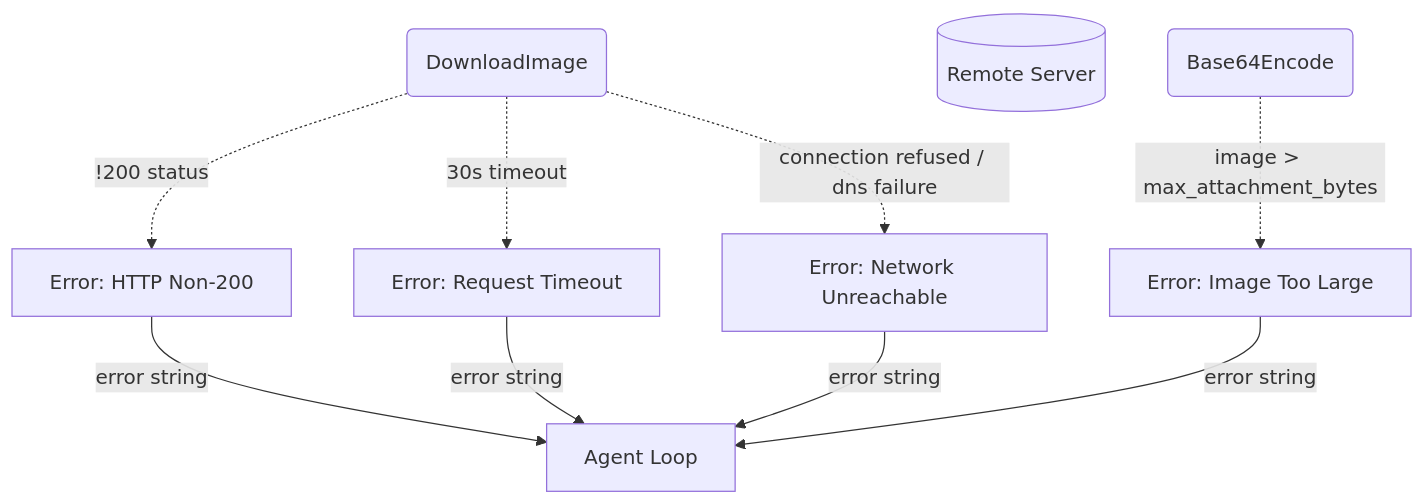
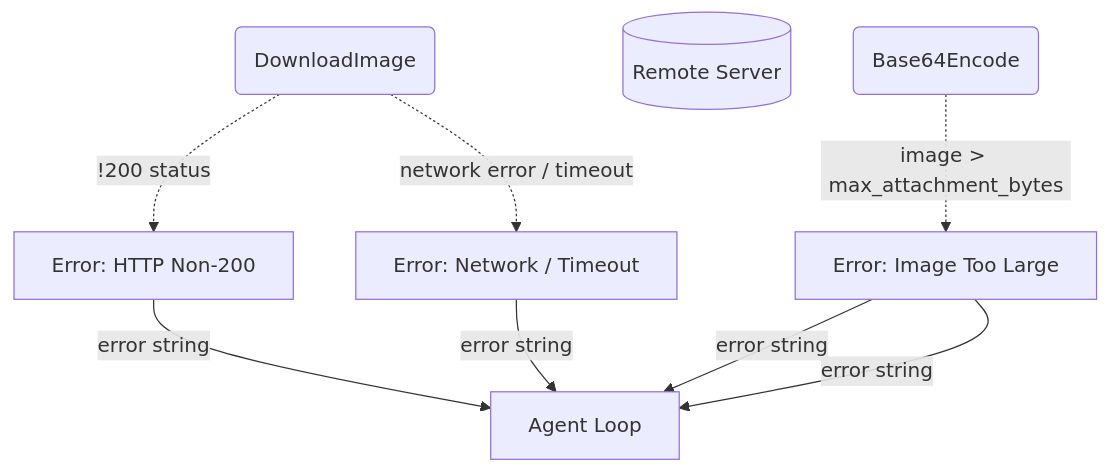
The second of 4 diagrams in _dfds/tools/vision.md (cosmoswafer/rockbot), drawn with Mermaid before and after one commit. The commit also changed other lines of this file and 26 other files, not shown here.

````diff
--- a/_dfds/tools/vision.md
+++ b/_dfds/tools/vision.md
@@ -93,20 +99,18 @@
 ```mermaid
 flowchart TD
     DL(DownloadImage)
     WEB[(Remote Server)]
     ENCODE(Base64Encode)
     ERR_STATUS[Error: HTTP Non-200]
-    ERR_TIMEOUT[Error: Request Timeout]
-    ERR_NET[Error: Network Unreachable]
+    ERR_NET[Error: Network / Timeout]
     ERR_SIZE[Error: Image Too Large]
     AGENT[Agent Loop]
 
     DL -.->|"!200 status"| ERR_STATUS
-    DL -.->|"30s timeout"| ERR_TIMEOUT
-    DL -.->|"connection refused / dns failure"| ERR_NET
+    DL -.->|"network error / timeout"| ERR_NET
     ENCODE -.->|"image > max_attachment_bytes"| ERR_SIZE
     ERR_STATUS -->|"error string"| AGENT
-    ERR_TIMEOUT -->|"error string"| AGENT
     ERR_NET -->|"error string"| AGENT
     ERR_SIZE -->|"error string"| AGENT
+    ERR_SIZE -->|"error string"| AGENT
 ```
````
